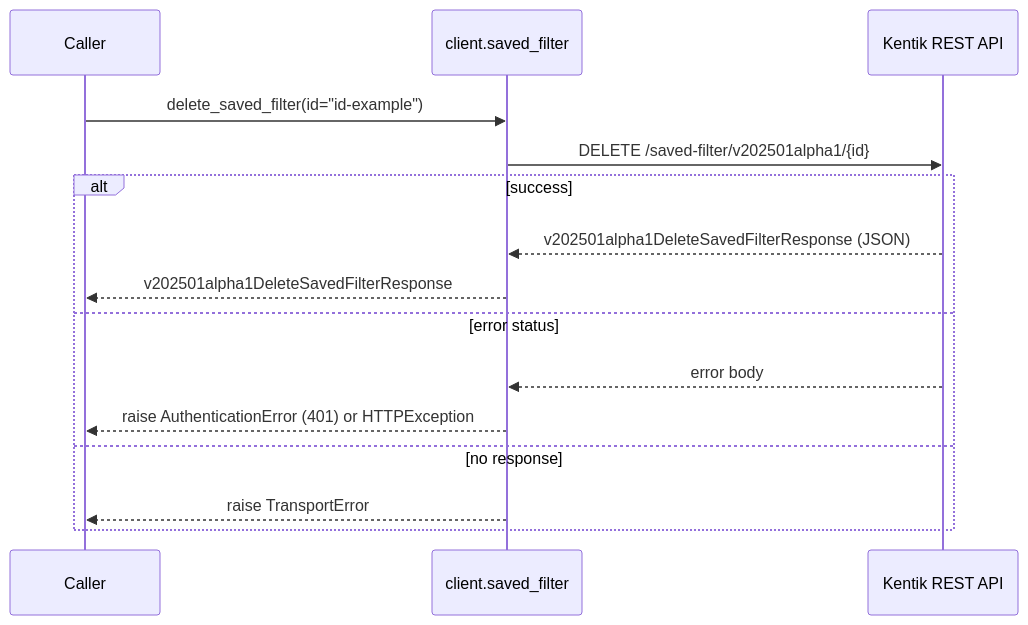
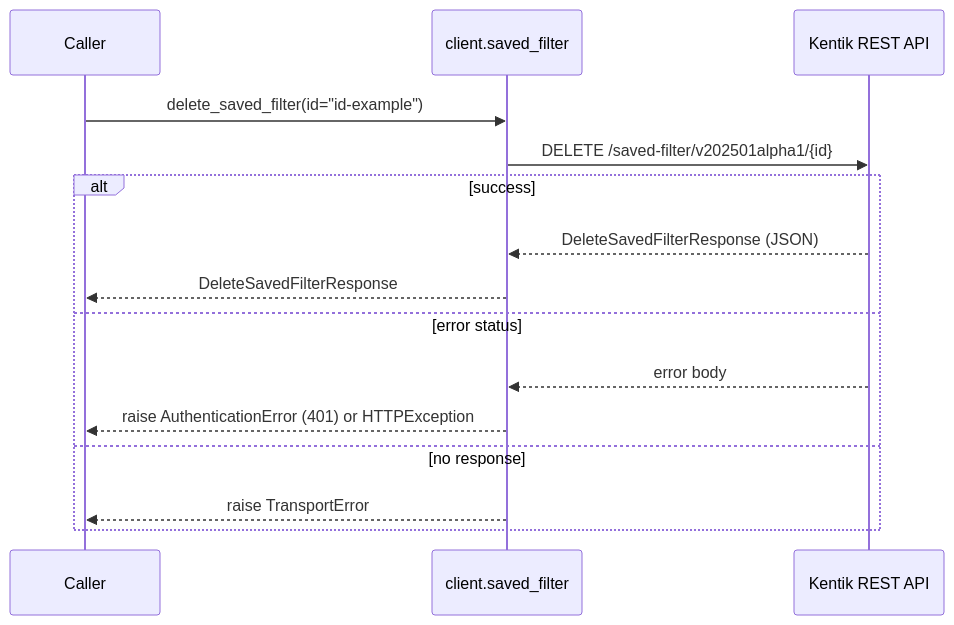
Before and after one commit to alexdearaujo/community_sdk_python: the eighth of 14 diagrams in docs/sphinx/services/saved_filter.md, drawn with Mermaid. The commit also changed other lines of this file and 38 other files, not shown here.

````diff
--- a/docs/sphinx/services/saved_filter.md
+++ b/docs/sphinx/services/saved_filter.md
@@ -268,18 +268,18 @@
 ```mermaid
 sequenceDiagram
     participant C as Caller
     participant W as client.saved_filter
     participant API as Kentik REST API
 
     C->>W: delete_saved_filter(id="id-example")
     W->>API: DELETE /saved-filter/v202501alpha1/{id}
     alt success
-        API-->>W: v202501alpha1DeleteSavedFilterResponse (JSON)
-        W-->>C: v202501alpha1DeleteSavedFilterResponse
+        API-->>W: DeleteSavedFilterResponse (JSON)
+        W-->>C: DeleteSavedFilterResponse
     else error status
         API-->>W: error body
         W-->>C: raise AuthenticationError (401) or HTTPException
     else no response
         W-->>C: raise TransportError
     end
 ```
````
